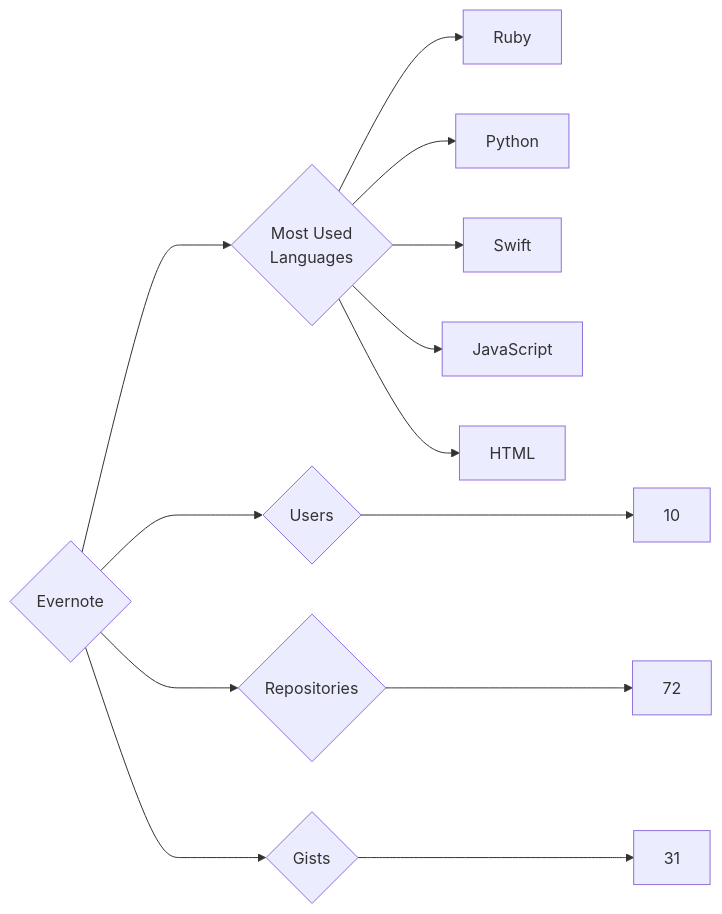
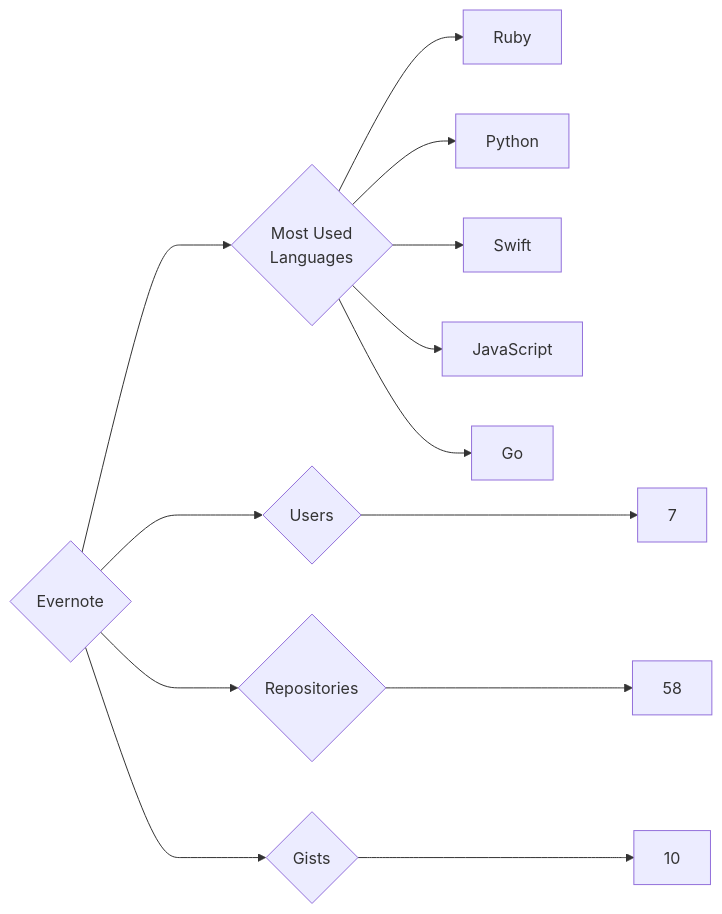
Before and after one commit to trickest/insiders: the diagram in targets/Evernote/README.md, drawn with Mermaid. The commit also changed 1078 other files, not shown here.

````diff
--- a/targets/Evernote/README.md
+++ b/targets/Evernote/README.md
@@ -3,13 +3,13 @@
 ```mermaid
 graph LR
 COMPANY_NAME{Evernote}
-COMPANY_NAME ---> U{Users} ---> UN[10]
-COMPANY_NAME ---> R{Repositories} ---> RN[72]
-COMPANY_NAME ---> G{Gists} ---> GN[31]
+COMPANY_NAME ---> U{Users} ---> UN[7]
+COMPANY_NAME ---> R{Repositories} ---> RN[58]
+COMPANY_NAME ---> G{Gists} ---> GN[10]
 COMPANY_NAME ---> ML{Most Used<br>Languages}
 ML --> Ruby[Ruby]
 ML --> Python[Python]
 ML --> Swift[Swift]
 ML --> JavaScript[JavaScript]
-ML --> HTML[HTML]
+ML --> Go[Go]
 ```
````
